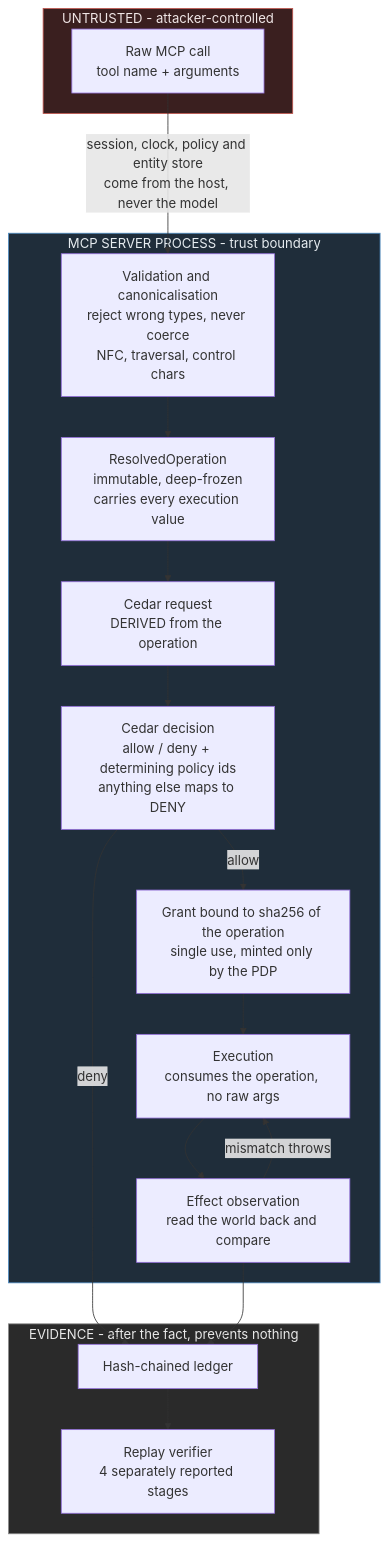
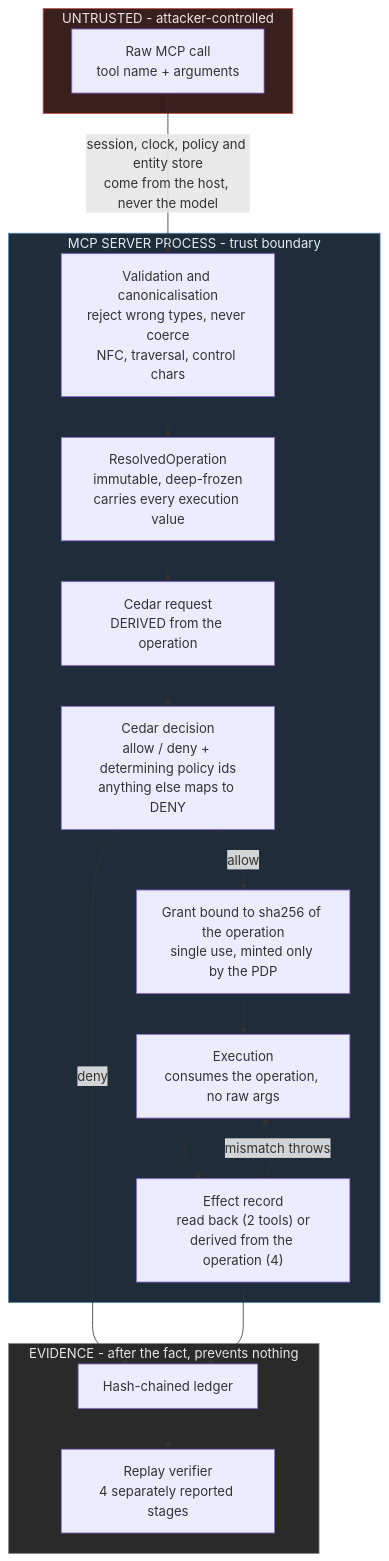
Before and after one commit to repowazdogz-droid/mcp-authority-boundary: the diagram in README.md, drawn with Mermaid. The commit also changed other lines of this file and 15 other files, not shown here.

````diff
--- a/README.md
+++ b/README.md
@@ -66,37 +66,37 @@
 ```mermaid
 flowchart TD
     subgraph UNTRUSTED["UNTRUSTED - attacker-controlled"]
         A["Raw MCP call<br/>tool name + arguments"]
     end
 
     subgraph SERVER["MCP SERVER PROCESS - trust boundary"]
         B["Validation and canonicalisation<br/>reject wrong types, never coerce<br/>NFC, traversal, control chars"]
         C["ResolvedOperation<br/>immutable, deep-frozen<br/>carries every execution value"]
         D["Cedar request<br/>DERIVED from the operation"]
         E["Cedar decision<br/>allow / deny + determining policy ids<br/>anything else maps to DENY"]
         F["Grant bound to sha256 of the operation<br/>single use, minted only by the PDP"]
         G["Execution<br/>consumes the operation, no raw args"]
-        H["Effect observation<br/>read the world back and compare"]
+        H["Effect record<br/>read back (2 tools) or<br/>derived from the operation (4)"]
     end
 
     subgraph EVIDENCE["EVIDENCE - after the fact, prevents nothing"]
         I["Hash-chained ledger"]
         J["Replay verifier<br/>4 separately reported stages"]
     end
 
     A -->|"session, clock, policy and entity store<br/>come from the host, never the model"| B
     B --> C
     C --> D
     D --> E
     E -->|allow| F
     E -->|deny| I
     F --> G
     G --> H
     H -->|"mismatch throws"| G
     H --> I
     I --> J
 
     style UNTRUSTED fill:#3a1f1f,stroke:#c0554d,color:#f0e6e6
     style SERVER fill:#1f2d3a,stroke:#4d8ac0,color:#e6ecf0
     style EVIDENCE fill:#2a2a2a,stroke:#888888,color:#e8e8e8
 ```
````
